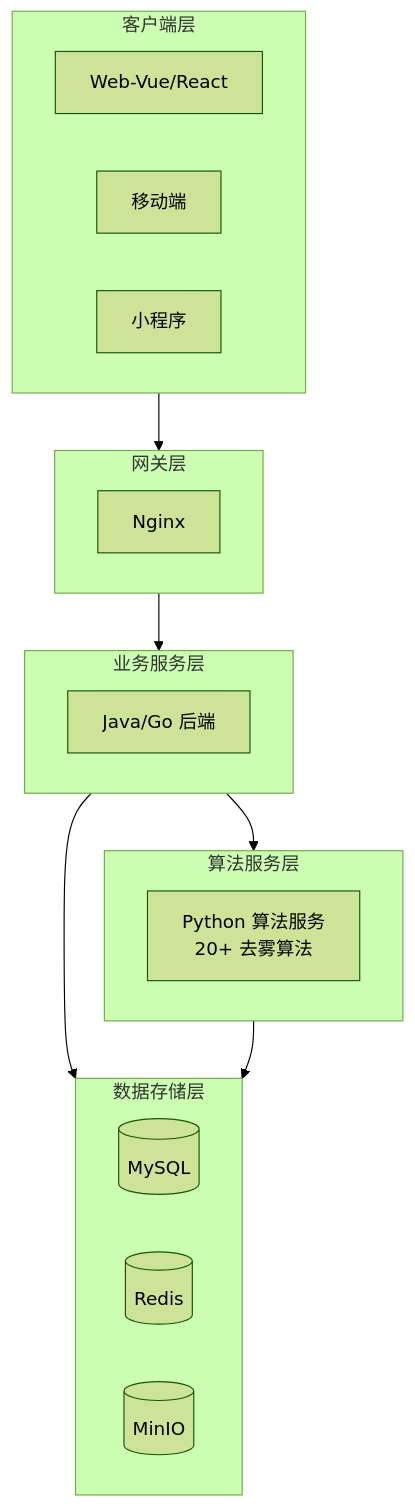
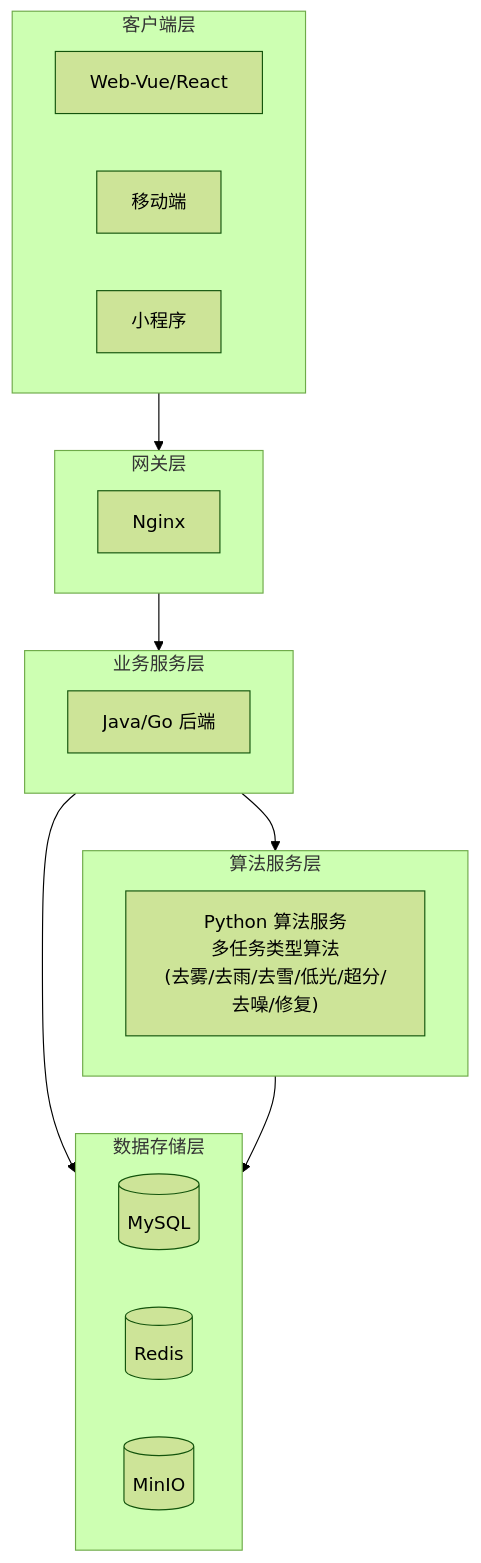
Before and after one commit to earthy-zinc/dehaze-system: the diagram in dehaze-doc/docs/01-产品设计/01-产品概述.md, drawn with Mermaid (forest theme). The commit also changed other lines of this file and 1067 other files, not shown here.

````diff
--- a/dehaze-doc/docs/01-产品设计/01-产品概述.md
+++ b/dehaze-doc/docs/01-产品设计/01-产品概述.md
@@ -292,35 +291,35 @@
 ```mermaid
 flowchart TB
     subgraph Client["客户端层"]
         direction LR
         C1["Web-Vue/React"]
         C2["移动端"]
         C3["小程序"]
     end
 
     subgraph Gateway["网关层"]
         Nginx["Nginx"]
     end
 
     subgraph Business["业务服务层"]
         direction LR
         Java["Java/Go 后端"]
     end
 
     subgraph Algorithm["算法服务层"]
-        Python["Python 算法服务<br/>20+ 去雾算法"]
+        Python["Python 算法服务<br/>多任务类型算法<br/>(去雾/去雨/去雪/低光/超分/去噪/修复)"]
     end
 
     subgraph Data["数据存储层"]
         direction LR
         MySQL[("MySQL")]
         Redis[("Redis")]
         MinIO[("MinIO")]
     end
 
     Client --> Gateway
     Gateway --> Business
     Business --> Algorithm
     Business --> Data
     Algorithm --> Data
 ```
````
